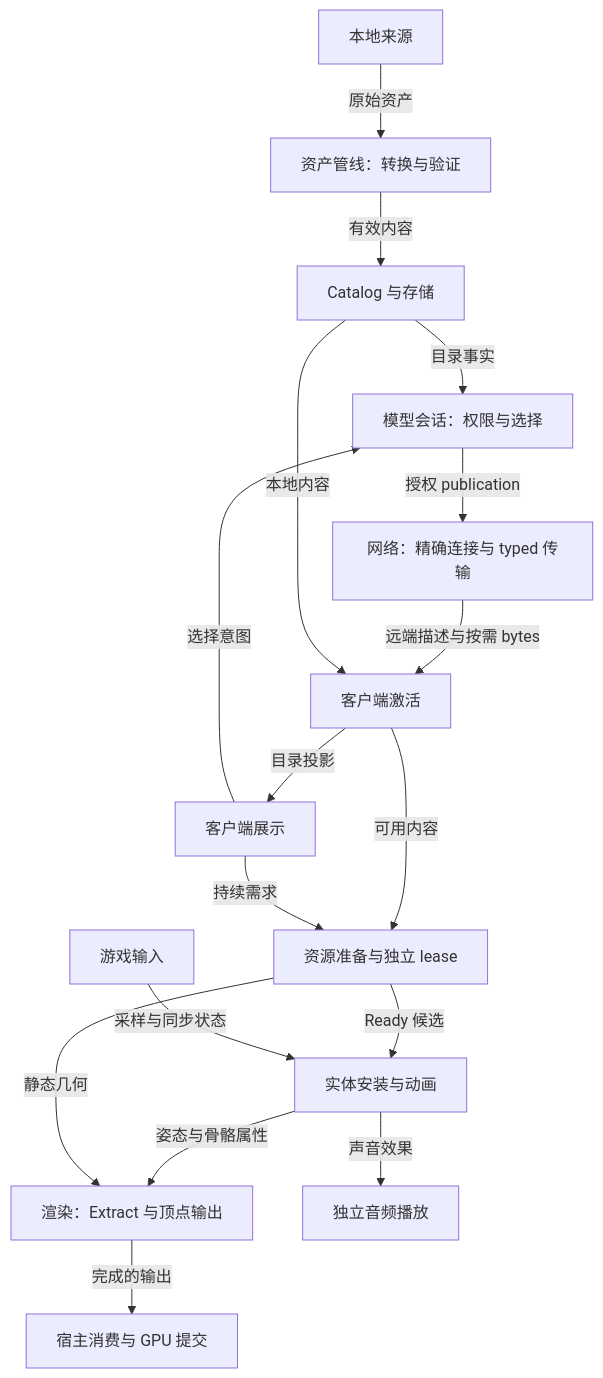
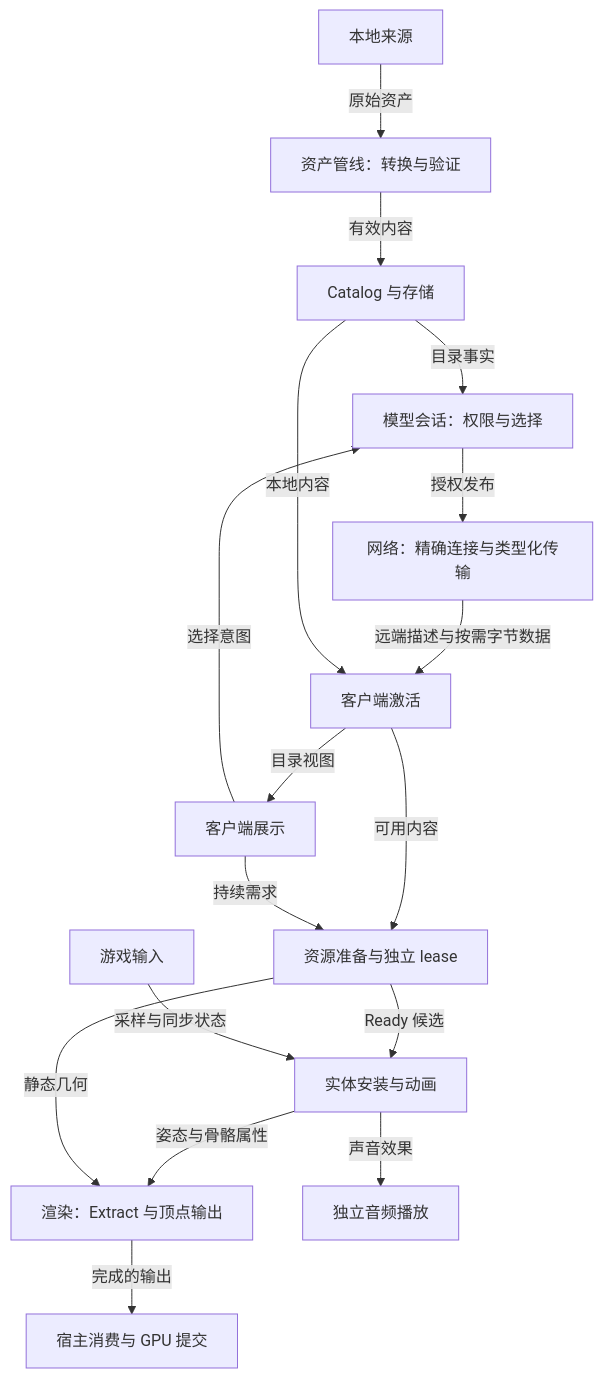
One commit to YesSteveModel/YesSteveModel changed the diagram in docs/architecture/README.md. Above: the diagram before and after it, drawn with Mermaid. The commit also changed other lines of this file and 1109 other files, not shown here.

````diff
--- a/docs/architecture/README.md
+++ b/docs/architecture/README.md
@@ -11,19 +11,19 @@
 ```mermaid
 flowchart TB
     S["本地来源"] -->|原始资产| P["资产管线：转换与验证"]
     P -->|有效内容| C["Catalog 与存储"]
     C -->|目录事实| A["模型会话：权限与选择"]
-    A -->|授权 publication| N["网络：精确连接与 typed 传输"]
-    N -->|远端描述与按需 bytes| V["客户端激活"]
+    A -->|授权发布| N["网络：精确连接与类型化传输"]
+    N -->|远端描述与按需字节数据| V["客户端激活"]
     C -->|本地内容| V
     V -->|可用内容| R["资源准备与独立 lease"]
-    V -->|目录投影| U["客户端展示"]
+    V -->|目录视图| U["客户端展示"]
     U -->|选择意图| A
     U -->|持续需求| R
     R -->|Ready 候选| E["实体安装与动画"]
     H["游戏输入"] -->|采样与同步状态| E
     E -->|姿态与骨骼属性| D["渲染：Extract 与顶点输出"]
     R -->|静态几何| D
     D -->|完成的输出| G["宿主消费与 GPU 提交"]
     E -->|声音效果| B["独立音频播放"]
 ```
````
